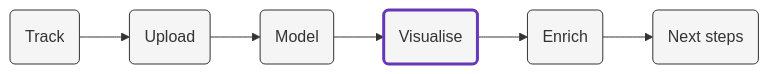
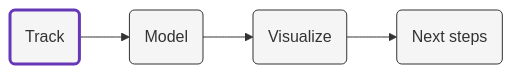
One commit to snowplow/snowplow-ecommerce-tracking-accelerator changed the diagram in content/tracking/_index.md. Above: the diagram before and after it, drawn with Mermaid. The commit also changed other lines of this file and 7 other files, not shown here.

```diff
--- a/content/tracking/_index.md
+++ b/content/tracking/_index.md
@@ -13,10 +13,8 @@
 {{<mermaid>}}
 flowchart LR
-id1(Track)-->id2(Upload)-->id3(Model)-->id4(Visualise)-->id5(Enrich)-->id6(Next steps)
-style id4 fill:#f5f5f5,stroke:#6638B8,stroke-width:3px
-style id1 fill:#f5f5f5,stroke:#333,stroke-width:1px
-style id3 fill:#f5f5f5,stroke:#333,stroke-width:1px
-style id5 fill:#f5f5f5,stroke:#333,stroke-width:1px
-style id2 fill:#f5f5f5,stroke:#333,stroke-width:1px
-style id6 fill:#f5f5f5,stroke:#333,stroke-width:1px
+    id1(Track)-->id2(Model)-->id3(Visualize)-->id4(Next steps)
+    style id1 fill:#f5f5f5,stroke:#6638B8,stroke-width:3px
+    style id2 fill:#f5f5f5,stroke:#333,stroke-width:1px
+    style id3 fill:#f5f5f5,stroke:#333,stroke-width:1px
+    style id4 fill:#f5f5f5,stroke:#333,stroke-width:1px
 {{</mermaid >}}
```
